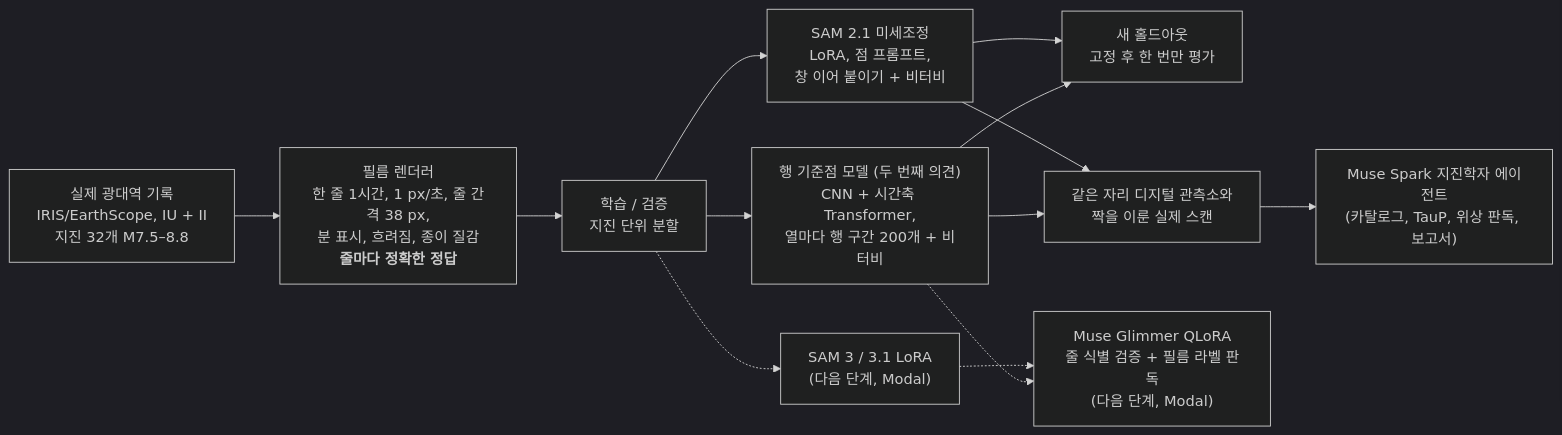
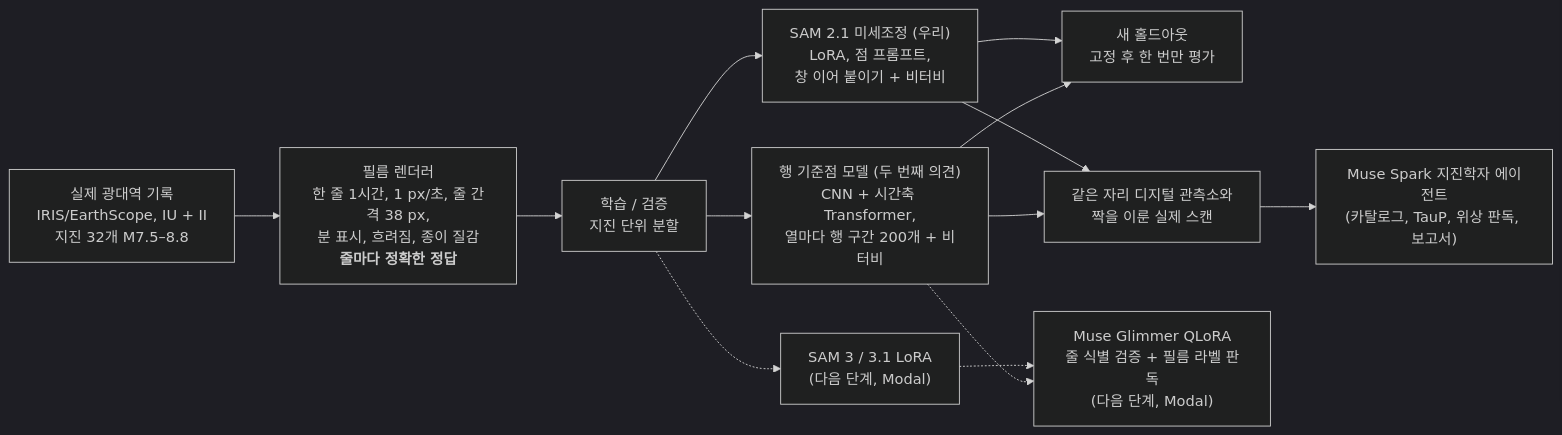
One commit to smpark00/seismorescue changed the diagram in README.ko.md. Above: the diagram before and after it, drawn with Mermaid (dark theme). The commit also changed other lines of this file and 7 other files, not shown here.

First line of the commit message:
README, docs, charts: label SAM 2.1 as fine-tuned by us

````diff
--- a/README.ko.md
+++ b/README.ko.md
@@ -149,15 +149,15 @@
 ```mermaid
 flowchart LR
   W["실제 광대역 기록<br/>IRIS/EarthScope, IU + II<br/>지진 32개 M7.5–8.8"] --> R["필름 렌더러<br/>한 줄 1시간, 1 px/초, 줄 간격 38 px,<br/>분 표시, 흐려짐, 종이 질감<br/><b>줄마다 정확한 정답</b>"]
   R --> T["학습 / 검증<br/>지진 단위 분할"]
   T --> RA["행 기준점 모델 (두 번째 의견)<br/>CNN + 시간축 Transformer,<br/>열마다 행 구간 200개 + 비터비"]
-  T --> S["SAM 2.1 미세조정<br/>LoRA, 점 프롬프트,<br/>창 이어 붙이기 + 비터비"]
+  T --> S["SAM 2.1 미세조정 (우리)<br/>LoRA, 점 프롬프트,<br/>창 이어 붙이기 + 비터비"]
   RA --> H["새 홀드아웃<br/>고정 후 한 번만 평가"]
   S --> H
   RA --> P["같은 자리 디지털 관측소와<br/>짝을 이룬 실제 스캔"]
   S --> P
   T -.-> S3["SAM 3 / 3.1 LoRA<br/>(다음 단계, Modal)"]
   RA -.-> GL["Muse Glimmer QLoRA<br/>줄 식별 검증 + 필름 라벨 판독<br/>(다음 단계, Modal)"]
   S3 -.-> GL
   P --> SP["Muse Spark 지진학자 에이전트<br/>(카탈로그, TauP, 위상 판독, 보고서)"]
 ```
````
